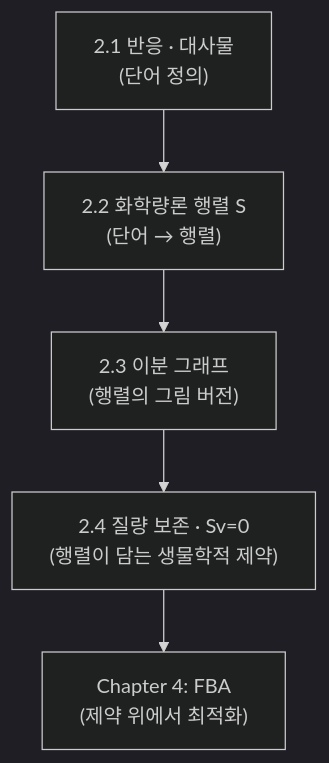
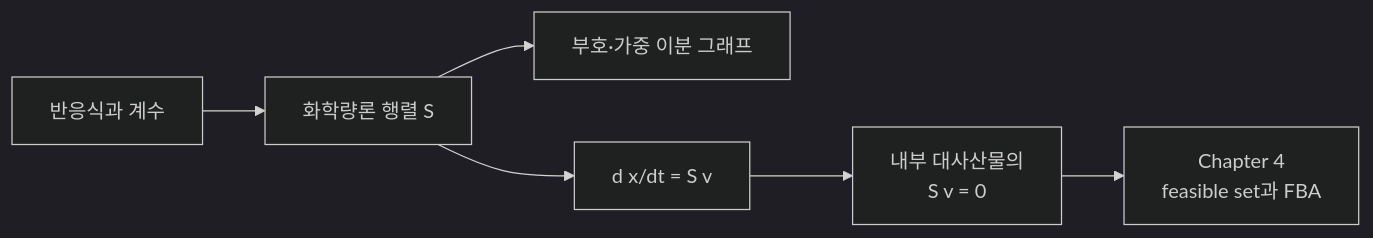
One commit to jyryu3161/ebook_metabolic_modeling changed the diagram in chapter-2/README.md. Above: the diagram before and after it, drawn with Mermaid (dark theme). The commit also changed other lines of this file and 92 other files, not shown here.

````diff
--- a/chapter-2/README.md
+++ b/chapter-2/README.md
@@ -23,7 +23,8 @@
 ```mermaid
-flowchart TD
-    A["2.1 반응 · 대사물\n(단어 정의)"] --> B["2.2 화학량론 행렬 S\n(단어 → 행렬)"]
-    B --> C["2.3 이분 그래프\n(행렬의 그림 버전)"]
-    C --> D["2.4 질량 보존 · Sv=0\n(행렬이 담는 생물학적 제약)"]
-    D --> E["Chapter 4: FBA\n(제약 위에서 최적화)"]
+flowchart LR
+    R["반응식과 계수"] --> S["화학량론 행렬 S"]
+    S --> G["부호·가중 이분 그래프"]
+    S --> D["d x/dt = S v"]
+    D --> SS["내부 대사산물의<br/>S v = 0"]
+    SS --> F["Chapter 4<br/>feasible set과 FBA"]
 ```
````
